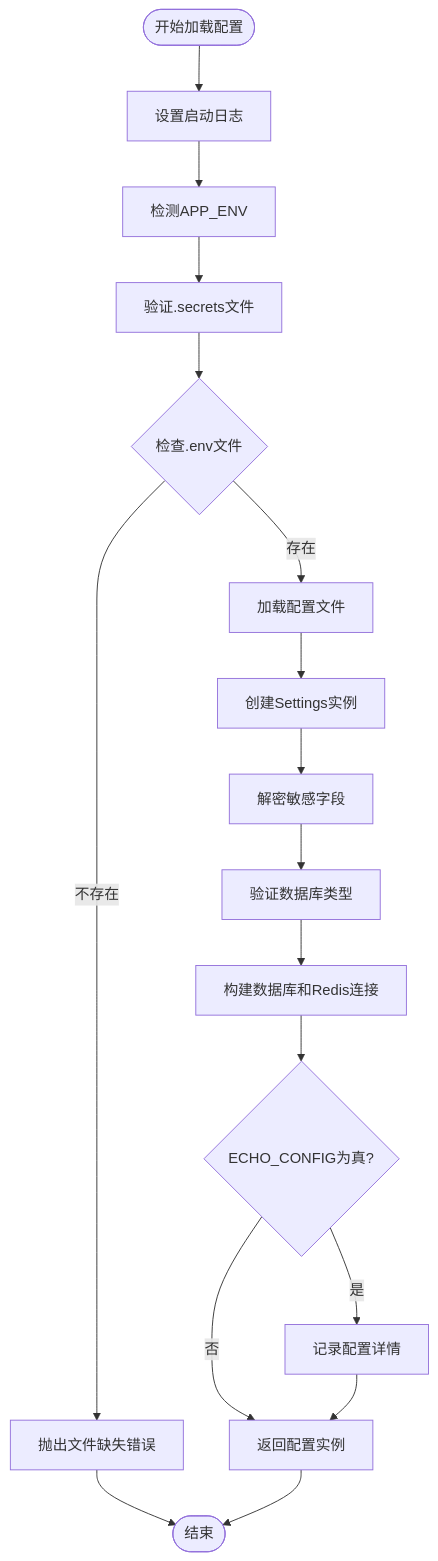
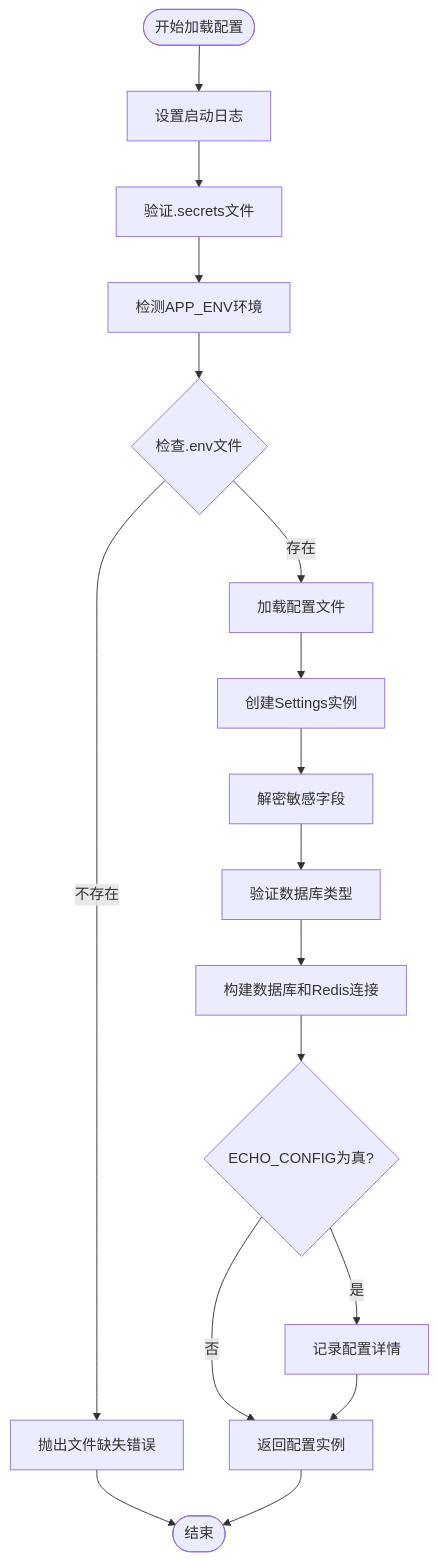
Before and after one commit to lilinzezzzzzz/fastapi-backend: the third of 6 diagrams in .qoder/repowiki/zh/content/基础设施工具/配置系统.md, drawn with Mermaid. The commit also changed other lines of this file and 38 other files, not shown here.

````diff
--- a/.qoder/repowiki/zh/content/基础设施工具/配置系统.md
+++ b/.qoder/repowiki/zh/content/基础设施工具/配置系统.md
@@ -151,19 +175,19 @@
 ```mermaid
 flowchart TD
 Start([开始加载配置]) --> SetupLogger["设置启动日志"]
-SetupLogger --> DetectEnv["检测APP_ENV"]
-DetectEnv --> ValidateSecrets["验证.secrets文件"]
-ValidateSecrets --> CheckEnvFile{"检查.env文件"}
+SetupLogger --> ValidateSecrets["验证.secrets文件"]
+ValidateSecrets --> DetectEnv["检测APP_ENV环境"]
+DetectEnv --> CheckEnvFile{"检查.env文件"}
 CheckEnvFile --> |存在| LoadFiles["加载配置文件"]
 CheckEnvFile --> |不存在| Error["抛出文件缺失错误"]
 LoadFiles --> CreateSettings["创建Settings实例"]
 CreateSettings --> DecryptFields["解密敏感字段"]
 DecryptFields --> ValidateDBType["验证数据库类型"]
 ValidateDBType --> BuildConnections["构建数据库和Redis连接"]
 BuildConnections --> PrintConfig{"ECHO_CONFIG为真?"}
 PrintConfig --> |是| LogConfig["记录配置详情"]
 PrintConfig --> |否| ReturnSettings["返回配置实例"]
 LogConfig --> ReturnSettings
 Error --> End([结束])
 ReturnSettings --> End
 ```
````
